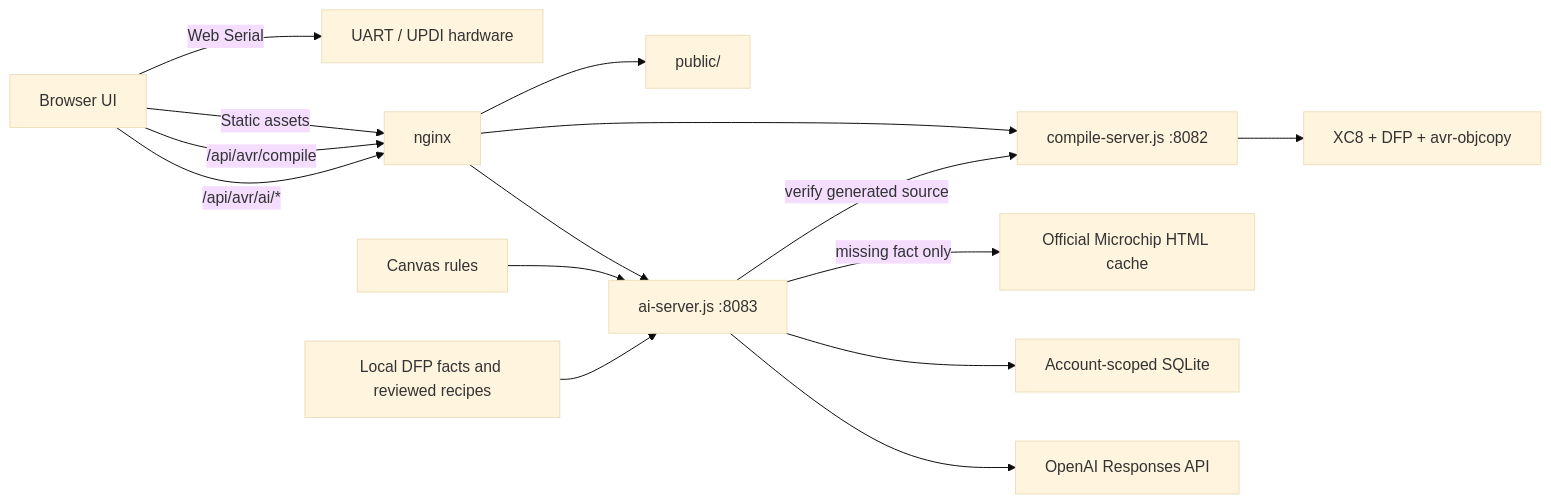
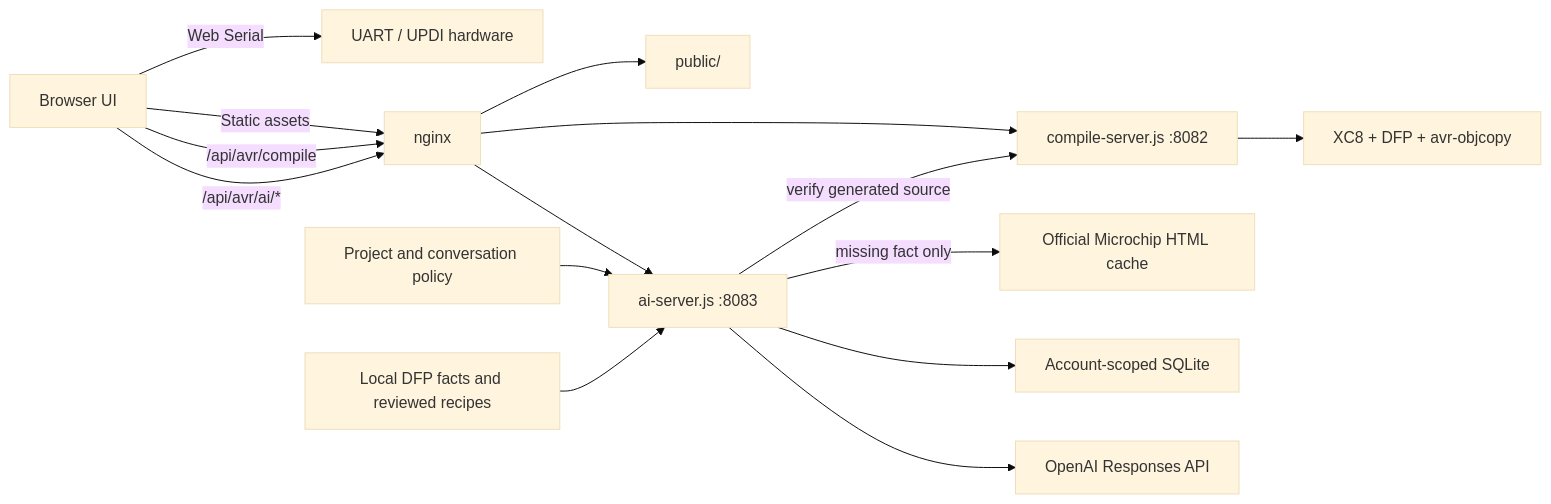
One commit to K1LLERV1PV2/uartdebug changed the diagram in README.md. Above: the diagram before and after it, drawn with Mermaid (base theme). The commit also changed other lines of this file and 98 other files, not shown here.

````diff
--- a/README.md
+++ b/README.md
@@ -83,17 +86,17 @@
 ```mermaid
 flowchart LR
   Browser[Browser UI] -->|Web Serial| Hardware[UART / UPDI hardware]
   Browser -->|Static assets| Nginx[nginx]
   Browser -->|/api/avr/compile| Nginx
   Browser -->|/api/avr/ai/*| Nginx
   Nginx --> Static[public/]
   Nginx --> Compiler[compile-server.js :8082]
   Compiler --> Toolchain[XC8 + DFP + avr-objcopy]
   Nginx --> AI[ai-server.js :8083]
-  Rules[Canvas rules] --> AI
+  Rules[Project and conversation policy] --> AI
   Knowledge[Local DFP facts and reviewed recipes] --> AI
   AI -->|missing fact only| Docs[Official Microchip HTML cache]
   AI --> AccessDB[Account-scoped SQLite]
   AI --> OpenAI[OpenAI Responses API]
   AI -->|verify generated source| Compiler
 ```
````
